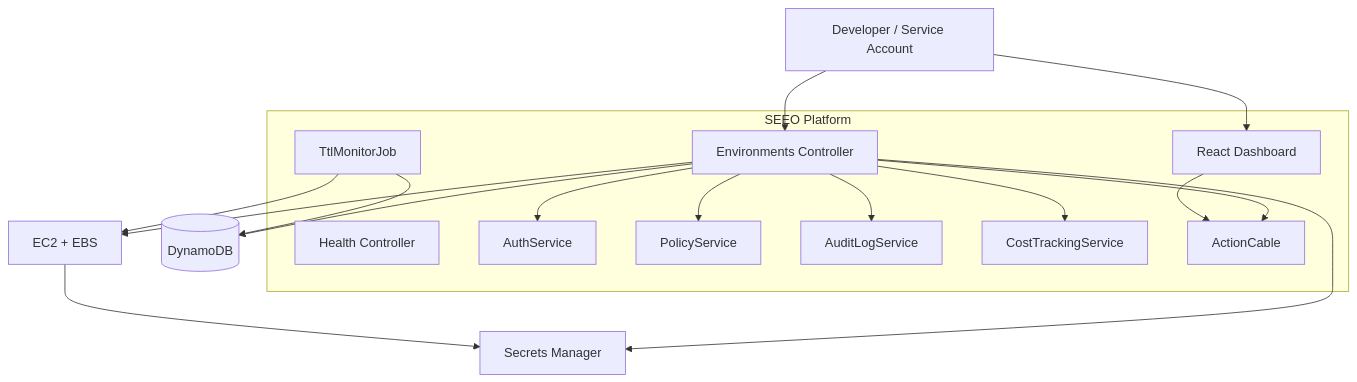
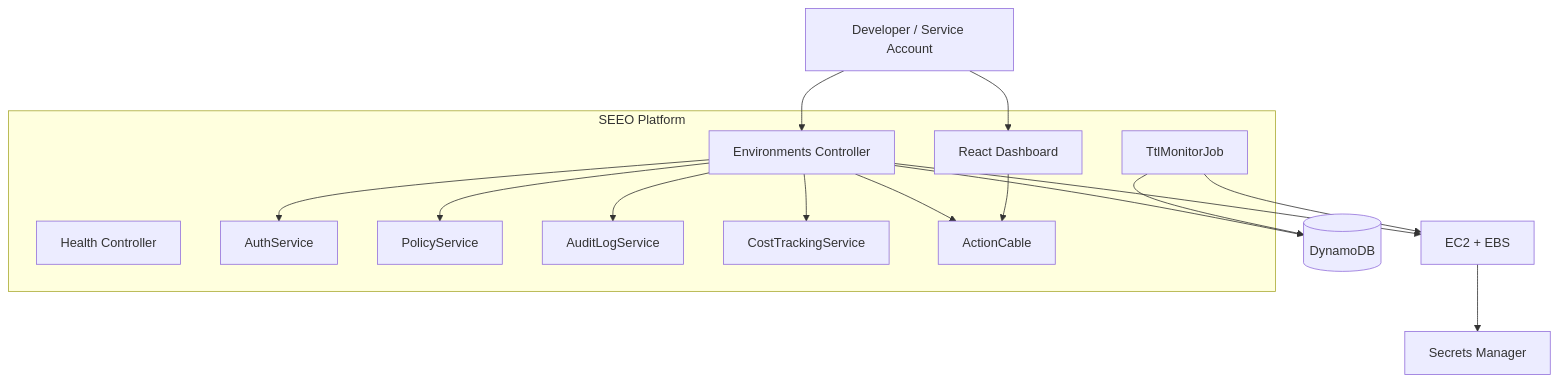
One commit to samueladegnan/seeo-aws-orchestrator changed the diagram in docs/architecture.md. Above: the diagram before and after it, drawn with Mermaid. The commit also changed other lines of this file and 58 other files, not shown here.

````diff
--- a/docs/architecture.md
+++ b/docs/architecture.md
@@ -23,30 +26,29 @@
 ```mermaid
 flowchart TB
     subgraph "SEEO Platform"
         F[React Dashboard]
         R[Environments Controller]
         H[Health Controller]
         A[AuthService]
         P[PolicyService]
         L[AuditLogService]
         C[CostTrackingService]
         T[TtlMonitorJob]
         AC[ActionCable]
     end
 
     U[Developer / Service Account]
     U --> F
     U --> R
     R --> A
     R --> P
     R --> L
     R --> C
     R --> D[(DynamoDB)]
     R --> E[EC2 + EBS]
-    R --> S[Secrets Manager]
+    E --> S[Secrets Manager]
     R --> AC
     F --> AC
     T --> D
     T --> E
-    E --> S
 ```
````
